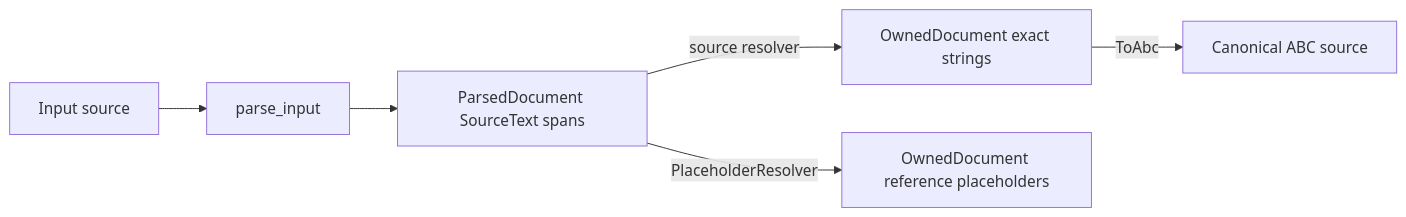
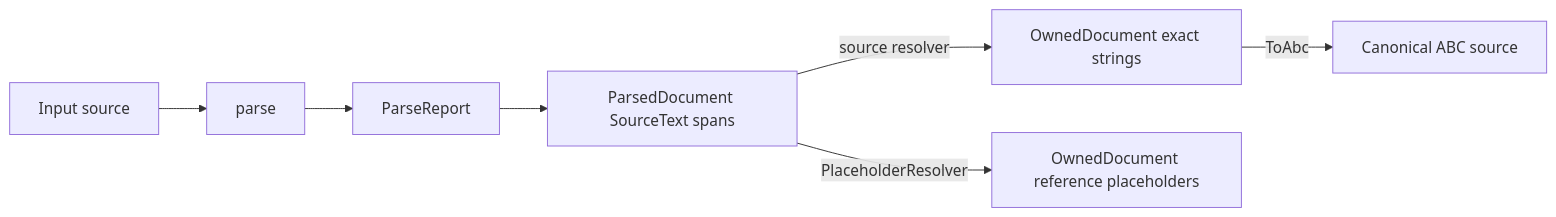
One commit to mauricebarnum/abc-parser changed the third of 4 diagrams in docs/architecture.md. Above: the diagram before and after it, drawn with Mermaid. The commit also changed other lines of this file and 12 other files, not shown here.

````diff
--- a/docs/architecture.md
+++ b/docs/architecture.md
@@ -189,8 +181,9 @@
 ```mermaid
 flowchart LR
-    input[Input source] --> parse_input
-    parse_input --> parsed[ParsedDocument SourceText spans]
+    input[Input source] --> parse
+    parse --> report[ParseReport]
+    report --> parsed[ParsedDocument SourceText spans]
     parsed -->|source resolver| exact[OwnedDocument exact strings]
     parsed -->|PlaceholderResolver| placeholders[OwnedDocument reference placeholders]
     exact -->|ToAbc| emitted[Canonical ABC source]
 ```
````
